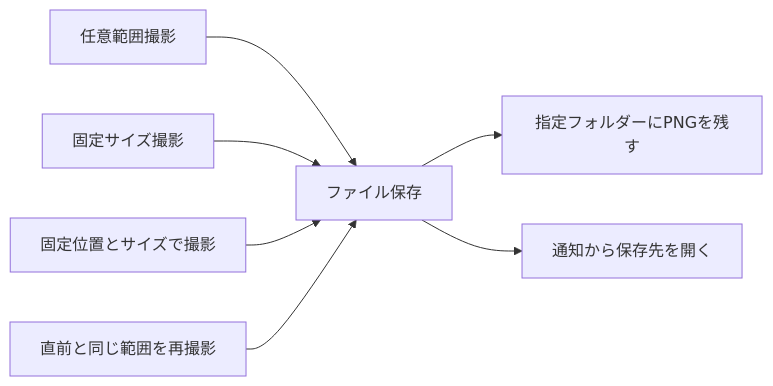
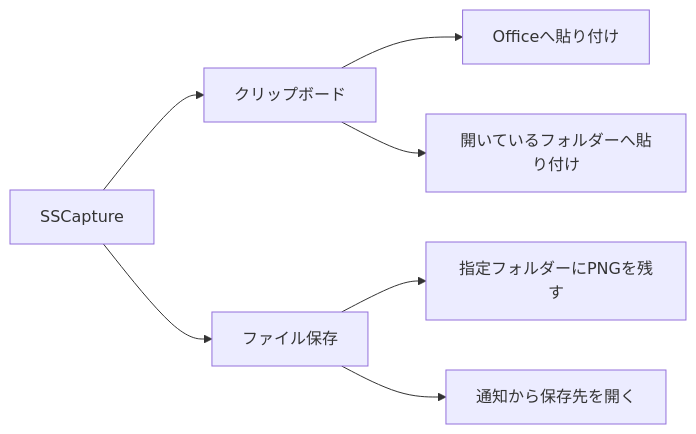
Before and after one commit to KotorinChunChun/SSCapture: the second of 2 diagrams in README.md, drawn with Mermaid. The commit also changed other lines of this file, not shown here.

Commit message:
活用フローの図をインプットとアウトプットに分ける

````diff
--- a/README.md
+++ b/README.md
@@ -21,9 +21,9 @@
 ```mermaid
 flowchart LR
-    area["任意範囲撮影"] --> file["ファイル保存"]
-    size["固定サイズ撮影"] --> file
-    position["固定位置とサイズで撮影"] --> file
-    repeat["直前と同じ範囲を再撮影"] --> file
+    capture["SSCapture"] --> clipboard["クリップボード"]
+    capture --> file["ファイル保存"]
+    clipboard --> office["Officeへ貼り付け"]
+    clipboard --> currentFolder["開いているフォルダーへ貼り付け"]
     file --> destination["指定フォルダーにPNGを残す"]
     file --> openFolder["通知から保存先を開く"]
 ```
````
